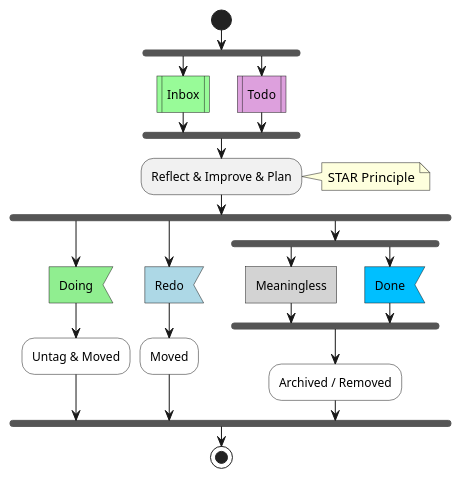
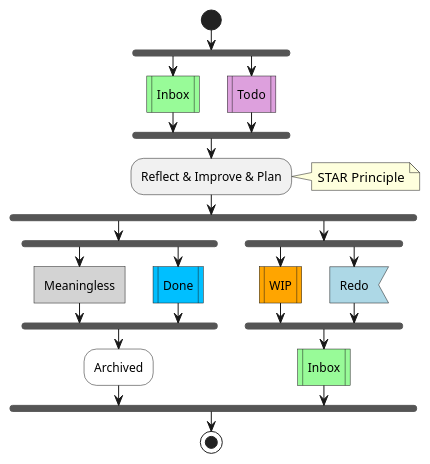
The seventh of 9 diagrams in snips/principles/gtd.md (IceHe/icehe-lib), drawn with PlantUML before and after one commit. The commit also changed other lines of this file and 1 other file, not shown here.

````diff
--- a/snips/principles/gtd.md
+++ b/snips/principles/gtd.md
@@ -368,27 +229,28 @@
 ```plantuml
 @startuml
 start
 fork
     #paleGreen:Inbox|
 fork again
     #plum:Todo|
 end fork
 :Reflect & Improve & Plan;
 note right : STAR Principle
 fork
-    #lightGreen:Doing<
-    #white:Untag & Moved;
-fork again
-    #lightBlue:Redo<
-    #white:Moved;
-fork again
     fork
         #lightGray:Meaningless]
     fork again
-        #deepSkyBlue:Done<
+        #deepSkyBlue:Done|
     end fork
-    #white:Archived / Removed;
+    #white:Archived;
+fork again
+    fork
+        #orange:WIP|
+    fork again
+        #lightBlue:Redo<
+    end fork
+    #paleGreen:Inbox|
 end fork
 stop
 @enduml
 ```
````
